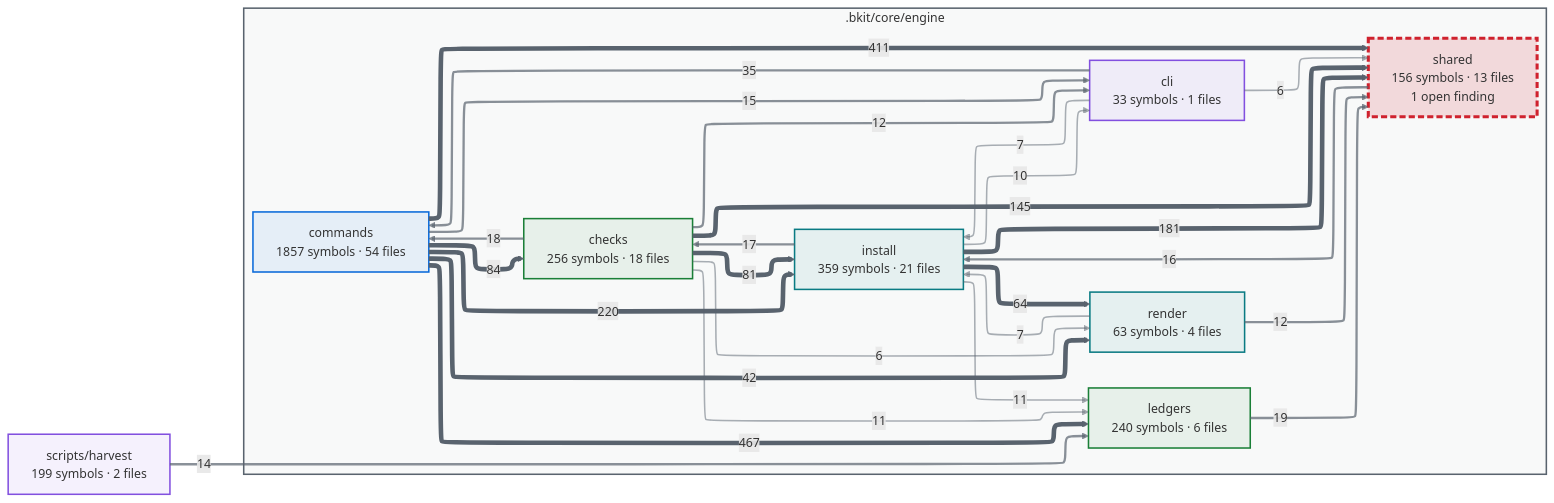
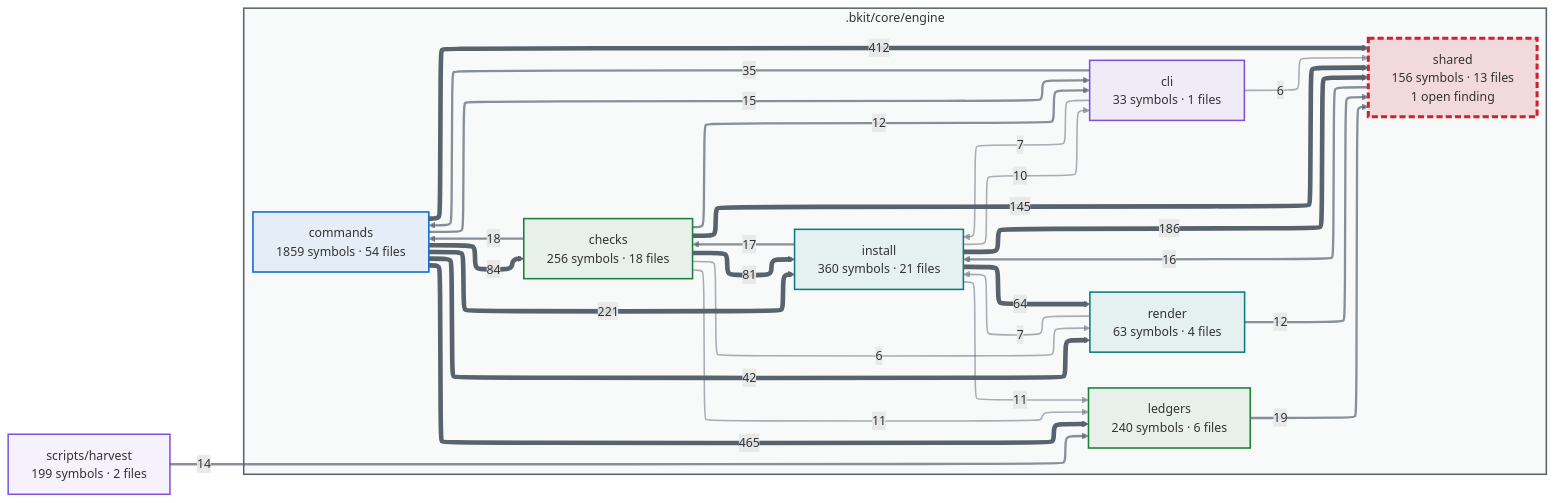
Before and after one commit to cbartens/bkit: the first of 2 diagrams in docs/capabilities.md, drawn with Mermaid. The commit also changed other lines of this file and 123 other files, not shown here.

````diff
--- a/docs/capabilities.md
+++ b/docs/capabilities.md
@@ -154,80 +154,80 @@
 ```mermaid
 ---
 config:
   layout: elk
   themeCSS: "marker { overflow: visible; } marker path { transform: scale(1.8); transform-origin: 5px 5px; }"
   flowchart:
     useMaxWidth: false
 ---
 flowchart LR
   %% Generated by bkit-graphify-rollup.py — do not edit
   subgraph gn_bkit_core_engine[".bkit/core/engine"]
     n_bkit_core_engine_checks["checks<br/>256 symbols · 18 files"]
     n_bkit_core_engine_cli["cli<br/>33 symbols · 1 files"]
-    n_bkit_core_engine_commands["commands<br/>1857 symbols · 54 files"]
-    n_bkit_core_engine_install["install<br/>359 symbols · 21 files"]
+    n_bkit_core_engine_commands["commands<br/>1859 symbols · 54 files"]
+    n_bkit_core_engine_install["install<br/>360 symbols · 21 files"]
     n_bkit_core_engine_ledgers["ledgers<br/>240 symbols · 6 files"]
     n_bkit_core_engine_render["render<br/>63 symbols · 4 files"]
     n_bkit_core_engine_shared["shared<br/>156 symbols · 13 files<br/>1 open finding"]
   end
   nscripts_harvest["scripts/harvest<br/>199 symbols · 2 files"]
-  n_bkit_core_engine_commands -->|467| n_bkit_core_engine_ledgers
-  n_bkit_core_engine_commands -->|411| n_bkit_core_engine_shared
-  n_bkit_core_engine_commands -->|220| n_bkit_core_engine_install
-  n_bkit_core_engine_install -->|181| n_bkit_core_engine_shared
+  n_bkit_core_engine_commands -->|465| n_bkit_core_engine_ledgers
+  n_bkit_core_engine_commands -->|412| n_bkit_core_engine_shared
+  n_bkit_core_engine_commands -->|221| n_bkit_core_engine_install
+  n_bkit_core_engine_install -->|186| n_bkit_core_engine_shared
   n_bkit_core_engine_checks -->|145| n_bkit_core_engine_shared
   n_bkit_core_engine_commands -->|84| n_bkit_core_engine_checks
   n_bkit_core_engine_checks -->|81| n_bkit_core_engine_install
   n_bkit_core_engine_install -->|64| n_bkit_core_engine_render
   n_bkit_core_engine_commands -->|42| n_bkit_core_engine_render
   n_bkit_core_engine_cli -->|35| n_bkit_core_engine_commands
   n_bkit_core_engine_ledgers -->|19| n_bkit_core_engine_shared
   n_bkit_core_engine_checks -->|18| n_bkit_core_engine_commands
   n_bkit_core_engine_install -->|17| n_bkit_core_engine_checks
   n_bkit_core_engine_shared -->|16| n_bkit_core_engine_install
   n_bkit_core_engine_commands -->|15| n_bkit_core_engine_cli
   nscripts_harvest -->|14| n_bkit_core_engine_ledgers
   n_bkit_core_engine_checks -->|12| n_bkit_core_engine_cli
   n_bkit_core_engine_render -->|12| n_bkit_core_engine_shared
   n_bkit_core_engine_checks -->|11| n_bkit_core_engine_ledgers
   n_bkit_core_engine_install -->|11| n_bkit_core_engine_ledgers
   n_bkit_core_engine_install -->|10| n_bkit_core_engine_cli
   n_bkit_core_engine_cli -->|7| n_bkit_core_engine_install
   n_bkit_core_engine_render -->|7| n_bkit_core_engine_install
   n_bkit_core_engine_checks -->|6| n_bkit_core_engine_render
   n_bkit_core_engine_cli -->|6| n_bkit_core_engine_shared
   style gn_bkit_core_engine fill:#59636e0a,stroke:#59636e,stroke-width:2px
   style n_bkit_core_engine_checks stroke:#1a7f37,stroke-width:2px,fill:#1a7f3714
   style n_bkit_core_engine_cli stroke:#8250df,stroke-width:2px,fill:#8250df14
   style n_bkit_core_engine_commands stroke:#0969da,stroke-width:2px,fill:#0969da14
   style n_bkit_core_engine_install stroke:#0a7b83,stroke-width:2px,fill:#0a7b8314
   style n_bkit_core_engine_ledgers stroke:#1a7f37,stroke-width:2px,fill:#1a7f3714
   style n_bkit_core_engine_render stroke:#0a7b83,stroke-width:2px,fill:#0a7b8314
   style n_bkit_core_engine_shared stroke:#cf222e,stroke-width:4px,stroke-dasharray:8 4,fill:#cf222e26
   style nscripts_harvest stroke:#8250df,stroke-width:2px,fill:#8250df14
   linkStyle 0 stroke:#59636e,stroke-width:6px
   linkStyle 1 stroke:#59636e,stroke-width:6px
   linkStyle 2 stroke:#59636e,stroke-width:6px
   linkStyle 3 stroke:#59636e,stroke-width:6px
   linkStyle 4 stroke:#59636e,stroke-width:6px
   linkStyle 5 stroke:#59636e,stroke-width:6px
   linkStyle 6 stroke:#59636e,stroke-width:6px
   linkStyle 7 stroke:#59636e,stroke-width:6px
   linkStyle 8 stroke:#59636e,stroke-width:6px
   linkStyle 9 stroke:#59636eb3,stroke-width:3px
   linkStyle 10 stroke:#59636eb3,stroke-width:3px
   linkStyle 11 stroke:#59636eb3,stroke-width:3px
   linkStyle 12 stroke:#59636eb3,stroke-width:3px
   linkStyle 13 stroke:#59636eb3,stroke-width:3px
   linkStyle 14 stroke:#59636eb3,stroke-width:3px
   linkStyle 15 stroke:#59636eb3,stroke-width:3px
   linkStyle 16 stroke:#59636eb3,stroke-width:3px
   linkStyle 17 stroke:#59636eb3,stroke-width:3px
   linkStyle 18 stroke:#59636e80,stroke-width:2px
   linkStyle 19 stroke:#59636e80,stroke-width:2px
   linkStyle 20 stroke:#59636e80,stroke-width:2px
   linkStyle 21 stroke:#59636e80,stroke-width:2px
   linkStyle 22 stroke:#59636e80,stroke-width:2px
   linkStyle 23 stroke:#59636e80,stroke-width:2px
   linkStyle 24 stroke:#59636e80,stroke-width:2px
 ```
````
